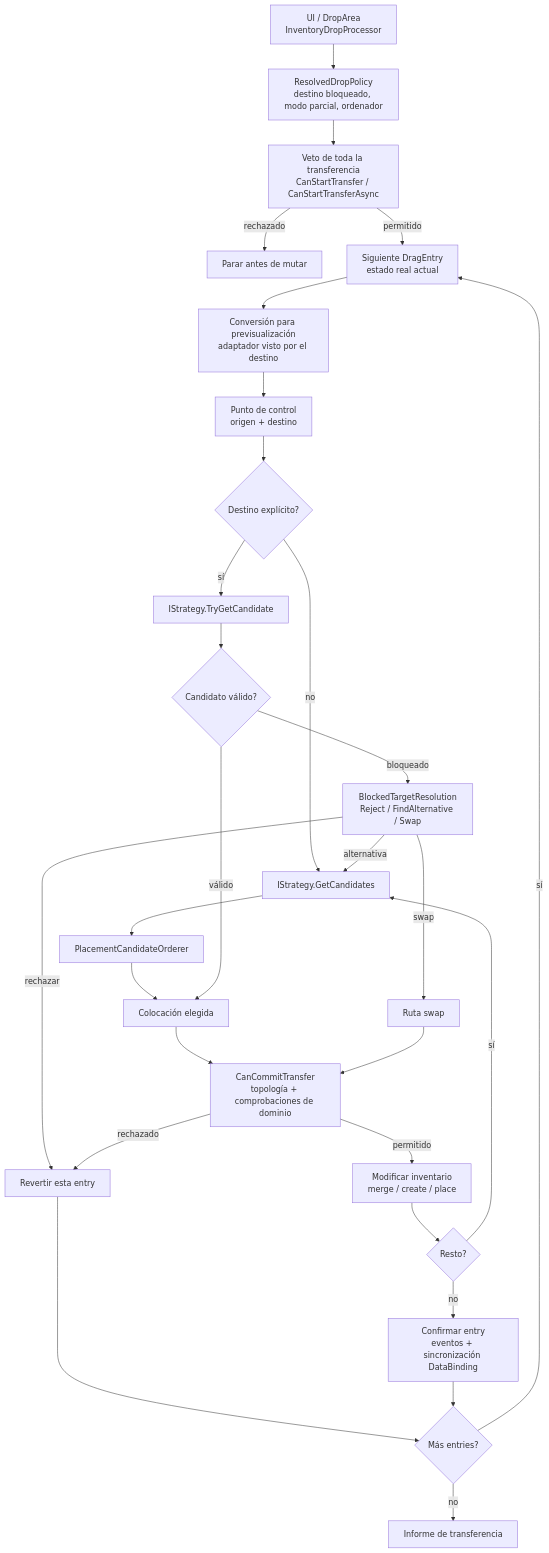
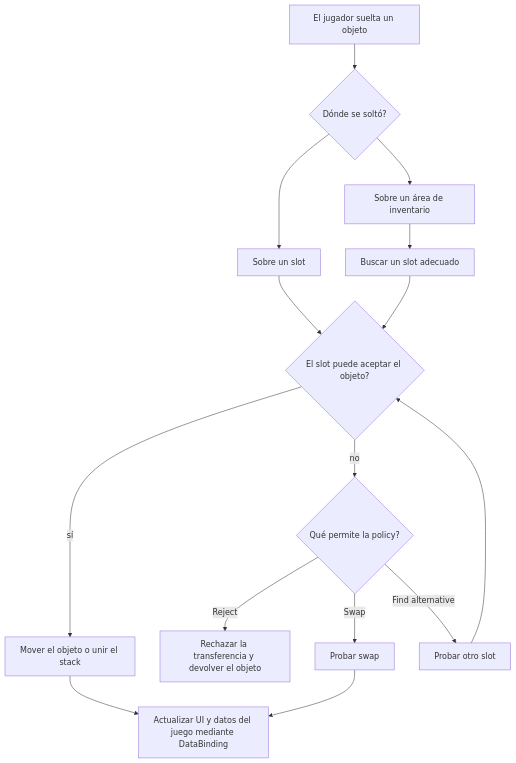
Before and after one commit to SergeevSergey99/DragAndDropSystem-Docs: the first of 2 diagrams in .docs/content/architecture/transfer-pipeline.es.md, drawn with Mermaid. The commit also changed other lines of this file and 19 other files, not shown here.

````diff
--- a/.docs/content/architecture/transfer-pipeline.es.md
+++ b/.docs/content/architecture/transfer-pipeline.es.md
@@ -19,31 +12,17 @@
 ```mermaid
 flowchart TD
-    UI["UI / DropArea<br/>InventoryDropProcessor"] --> POLICY["ResolvedDropPolicy<br/>destino bloqueado, modo parcial, ordenador"]
-    POLICY --> START["Veto de toda la transferencia<br/>CanStartTransfer / CanStartTransferAsync"]
-    START -->|rechazado| STOP["Parar antes de mutar"]
-    START -->|permitido| ENTRY["Siguiente DragEntry<br/>estado real actual"]
-    ENTRY --> CONVERT["Conversión para previsualización<br/>adaptador visto por el destino"]
-    CONVERT --> CHECKPOINT["Punto de control<br/>origen + destino"]
-    CHECKPOINT --> TARGET{"Destino explícito?"}
-    TARGET -->|sí| TRY["IStrategy.TryGetCandidate"]
-    TARGET -->|no| ENUM["IStrategy.GetCandidates"]
-    TRY --> CANDIDATE{"Candidato válido?"}
-    CANDIDATE -->|bloqueado| BLOCKED["BlockedTargetResolution<br/>Reject / FindAlternative / Swap"]
-    BLOCKED -->|alternativa| ENUM
-    BLOCKED -->|swap| SWAP["Ruta swap"]
-    BLOCKED -->|rechazar| ROLLBACK["Revertir esta entry"]
-    ENUM --> ORDER["PlacementCandidateOrderer"]
-    ORDER --> PLACE["Colocación elegida"]
-    CANDIDATE -->|válido| PLACE
-    PLACE --> COMMITCHECK["CanCommitTransfer<br/>topología + comprobaciones de dominio"]
-    COMMITCHECK -->|rechazado| ROLLBACK
-    COMMITCHECK -->|permitido| MUTATE["Modificar inventario<br/>merge / create / place"]
-    SWAP --> COMMITCHECK
-    MUTATE --> REMAINDER{"Resto?"}
-    REMAINDER -->|sí| ENUM
-    REMAINDER -->|no| COMMIT["Confirmar entry<br/>eventos + sincronización DataBinding"]
-    ROLLBACK --> NEXT{"Más entries?"}
-    COMMIT --> NEXT
-    NEXT -->|sí| ENTRY
-    NEXT -->|no| REPORT["Informe de transferencia"]
+    DROP["El jugador suelta un objeto"] --> TARGET{"Dónde se soltó?"}
+    TARGET --> SLOT["Sobre un slot"]
+    TARGET --> AREA["Sobre un área de inventario"]
+    SLOT --> CHECK{"El slot puede aceptar el objeto?"}
+    AREA --> AUTO["Buscar un slot adecuado"]
+    AUTO --> CHECK
+    CHECK -->|sí| MOVE["Mover el objeto o unir el stack"]
+    CHECK -->|no| POLICY{"Qué permite la policy?"}
+    POLICY -->|Reject| REJECT["Rechazar la transferencia y devolver el objeto"]
+    POLICY -->|Swap| SWAP["Probar swap"]
+    POLICY -->|Find alternative| ALTERNATIVE["Probar otro slot"]
+    ALTERNATIVE --> CHECK
+    MOVE --> SYNC["Actualizar UI y datos del juego mediante DataBinding"]
+    SWAP --> SYNC
 ```
````
